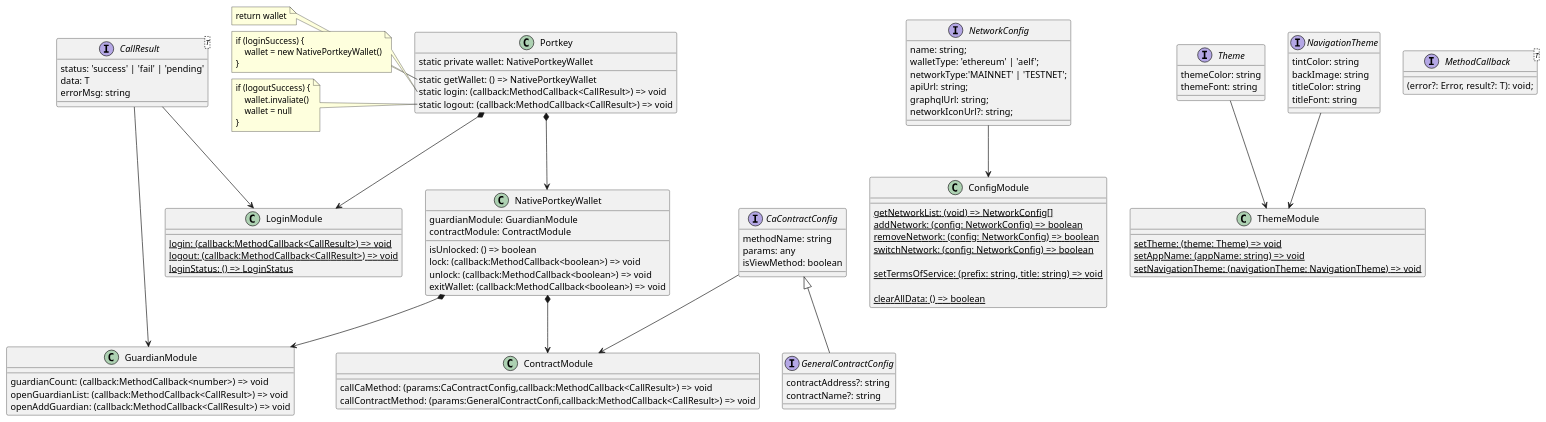
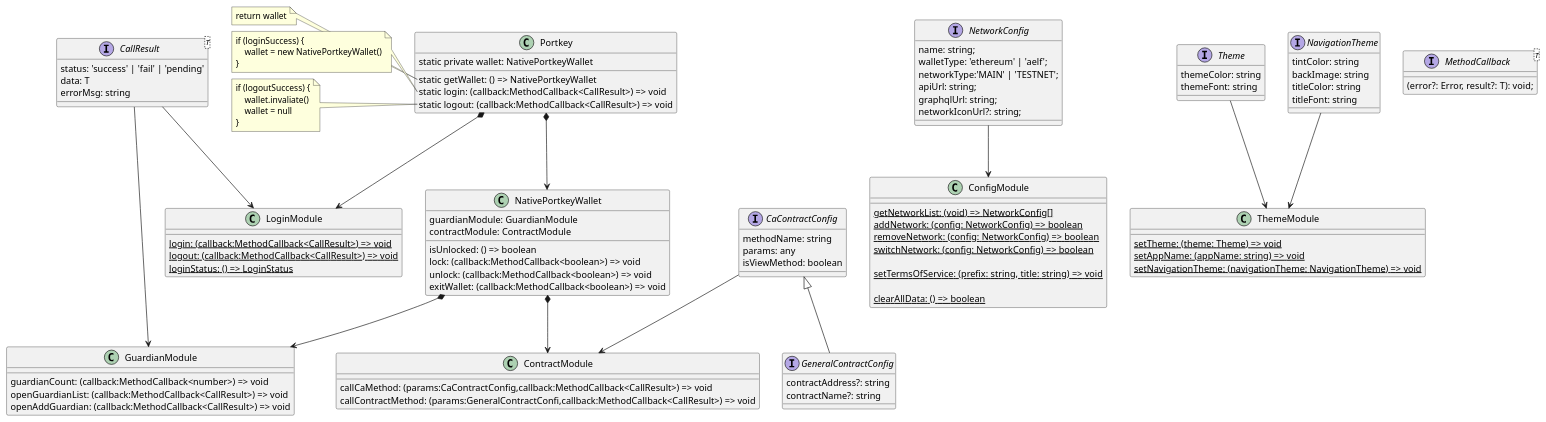
Before and after one commit to Portkey-Wallet/react-native-sdk: the diagram in uml/native-wallet.puml, drawn with PlantUML. The commit also changed 31 other files, not shown here.

```diff
--- a/uml/native-wallet.puml
+++ b/uml/native-wallet.puml
@@ -1,128 +1,128 @@
 @startuml wallet
 
 class Portkey {
     static private wallet: NativePortkeyWallet
     static getWallet: () => NativePortkeyWallet
     static login: (callback:MethodCallback<CallResult>) => void
     static logout: (callback:MethodCallback<CallResult>) => void
 }
 
 note left of Portkey::getWallet
     return wallet
 end note
 note left of Portkey::login
     if (loginSuccess) {
         wallet = new NativePortkeyWallet()
     }
 end note
 note left of Portkey::logout
     if (logoutSuccess) {
         wallet.invaliate()
         wallet = null
     }
 end note
 
 class NativePortkeyWallet {
     isUnlocked: () => boolean
     lock: (callback:MethodCallback<boolean>) => void
     unlock: (callback:MethodCallback<boolean>) => void
     exitWallet: (callback:MethodCallback<boolean>) => void
 
     guardianModule: GuardianModule
     contractModule: ContractModule
 }
 
 class LoginModule {
     {static} login: (callback:MethodCallback<CallResult>) => void
     {static} logout: (callback:MethodCallback<CallResult>) => void
     {static} loginStatus: () => LoginStatus
 }
 
 class GuardianModule {
     guardianCount: (callback:MethodCallback<number>) => void
     openGuardianList: (callback:MethodCallback<CallResult>) => void
     openAddGuardian: (callback:MethodCallback<CallResult>) => void
 }
 
 class ConfigModule {
     {static} getNetworkList: (void) => NetworkConfig[]
     {static} addNetwork: (config: NetworkConfig) => boolean
     {static} removeNetwork: (config: NetworkConfig) => boolean
     {static} switchNetwork: (config: NetworkConfig) => boolean
     
     {static} setTermsOfService: (prefix: string, title: string) => void
     
     {static} clearAllData: () => boolean
 }
 
 interface NetworkConfig {
     name: string;
     walletType: 'ethereum' | 'aelf';
-    networkType:'MAINNET' | 'TESTNET';
+    networkType:'MAIN' | 'TESTNET';
     apiUrl: string;
     graphqlUrl: string;
     networkIconUrl?: string;
 }
 
 class ThemeModule {
     {static} setTheme: (theme: Theme) => void
     {static} setAppName: (appName: string) => void
     {static} setNavigationTheme: (navigationTheme: NavigationTheme) => void
 }
 
 interface Theme {
     themeColor: string
     themeFont: string
 }
 
 interface NavigationTheme {
     tintColor: string
     backImage: string
     titleColor: string
     titleFont: string
 }
 
 class ContractModule {
     callCaMethod: (params:CaContractConfig,callback:MethodCallback<CallResult>) => void
     callContractMethod: (params:GeneralContractConfi,callback:MethodCallback<CallResult>) => void
 }
 
 interface MethodCallback<T> {
     (error?: Error, result?: T): void;
 }
 
 interface CaContractConfig {
     methodName: string
     params: any
     isViewMethod: boolean
 }
 
 interface GeneralContractConfig extends CaContractConfig {
     contractAddress?: string
     contractName?: string
 }
 
 interface CallResult<T> {
     status: 'success' | 'fail' | 'pending'
     data: T
     errorMsg: string
 }
 
 ' MethodCallback --> NativePortkeyWallet
 ' MethodCallback --> GuardianManager
 ' CaContractConfig --> NativePortkeyWallet
 ' AddGuardianConfig --> GuardianManager
 ' AddGuardianResult --> GuardianManager
 Portkey *--> NativePortkeyWallet
 Portkey *--> LoginModule
 NativePortkeyWallet *--> GuardianModule
 NativePortkeyWallet *--> ContractModule
 
 CallResult --> LoginModule
 CallResult --> GuardianModule
 NetworkConfig --> ConfigModule
 Theme --> ThemeModule
 NavigationTheme --> ThemeModule
 CaContractConfig --> ContractModule
 
 @enduml
```
